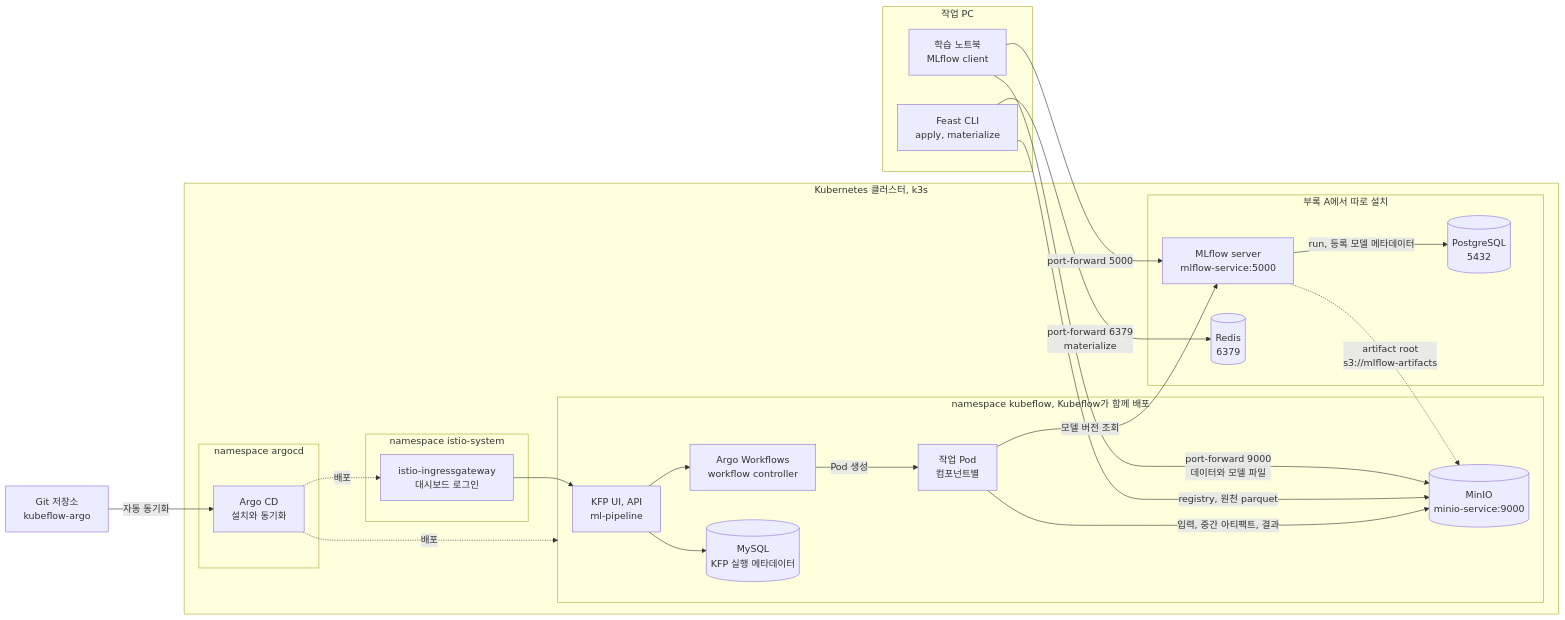
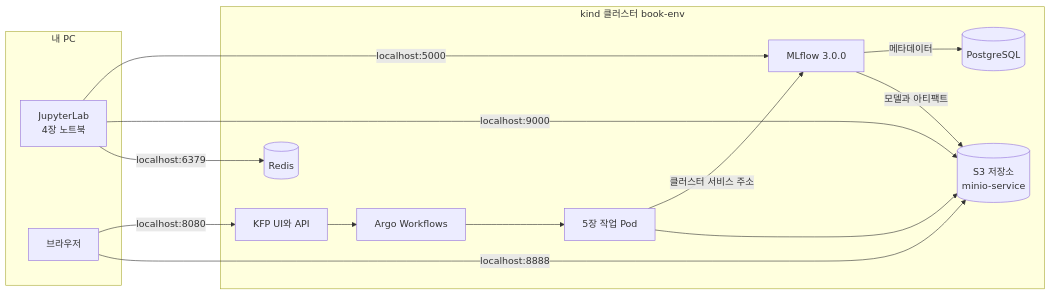
Before and after one commit to johklo/johklo.github.io: the second of 5 diagrams in content/docs/tech/machine-learning-platform-engineering/04-experiments-features-pipelines.md, drawn with Mermaid. The commit also changed other lines of this file and 92 other files, not shown here.

````diff
--- a/content/docs/tech/machine-learning-platform-engineering/04-experiments-features-pipelines.md
+++ b/content/docs/tech/machine-learning-platform-engineering/04-experiments-features-pipelines.md
@@ -47,45 +62,29 @@
 ```mermaid
 flowchart LR
-    accTitle: 책이 전제하는 4~5장 클러스터 구성
-    accDescr: Argo CD는 Git의 Kubeflow 매니페스트로 Istio와 KFP를 배포한다. KFP에는 Argo Workflows, MySQL, MinIO가 포함되고 PostgreSQL, Redis, MLflow는 부록 A에서 따로 설치한다. PC는 port-forward로 MinIO, Redis, MLflow에 접속하고 KFP Pod는 MinIO와 MLflow를 쓴다.
-    GIT["Git 저장소<br/>kubeflow-argo"]
-    subgraph PC["작업 PC"]
-        NB["학습 노트북<br/>MLflow client"]
-        FC["Feast CLI<br/>apply, materialize"]
+    accTitle: PC와 실습 클러스터의 연결
+    accDescr: JupyterLab은 포트포워딩으로 MLflow, S3, Redis에 연결된다. 클러스터의 KFP 작업 Pod는 서비스 주소로 접근하고, MLflow는 메타데이터를 PostgreSQL에, 아티팩트를 S3에 저장한다.
+    subgraph PC["내 PC"]
+        NB["JupyterLab<br/>4장 노트북"]
+        BR["브라우저"]
     end
-    subgraph K8S["Kubernetes 클러스터, k3s"]
-        subgraph ARGO["namespace argocd"]
-            ACD["Argo CD<br/>설치와 동기화"]
-        end
-        subgraph IS["namespace istio-system"]
-            GW["istio-ingressgateway<br/>대시보드 로그인"]
-        end
-        subgraph KF["namespace kubeflow, Kubeflow가 함께 배포"]
-            API["KFP UI, API<br/>ml-pipeline"]
-            WF["Argo Workflows<br/>workflow controller"]
-            DB[("MySQL<br/>KFP 실행 메타데이터")]
-            POD["작업 Pod<br/>컴포넌트별"]
-            S3[("MinIO<br/>minio-service:9000")]
-        end
-        subgraph EXTRA["부록 A에서 따로 설치"]
-            MLF["MLflow server<br/>mlflow-service:5000"]
-            PG[("PostgreSQL<br/>5432")]
-            RD[("Redis<br/>6379")]
-        end
+    subgraph K["kind 클러스터 book-env"]
+        UI["KFP UI와 API"]
+        WF["Argo Workflows"]
+        POD["5장 작업 Pod"]
+        S3[("S3 저장소<br/>minio-service")]
+        ML["MLflow 3.0.0"]
+        PG[("PostgreSQL")]
+        RD[("Redis")]
     end
-    GIT -->|"자동 동기화"| ACD
-    ACD -.->|"배포"| GW
-    ACD -.->|"배포"| KF
-    GW --> API
-    API --> DB
-    API --> WF
-    WF -->|"Pod 생성"| POD
-    NB -->|"port-forward 5000"| MLF
-    NB -->|"port-forward 9000<br/>데이터와 모델 파일"| S3
-    MLF -->|"run, 등록 모델 메타데이터"| PG
-    MLF -.->|"artifact root<br/>s3://mlflow-artifacts"| S3
-    FC -->|"registry, 원천 parquet"| S3
-    FC -->|"port-forward 6379<br/>materialize"| RD
-    POD -->|"입력, 중간 아티팩트, 결과"| S3
-    POD -->|"모델 버전 조회"| MLF
+    NB -->|"localhost:5000"| ML
+    NB -->|"localhost:9000"| S3
+    NB -->|"localhost:6379"| RD
+    BR -->|"localhost:8080"| UI
+    BR -->|"localhost:8888"| S3
+    UI --> WF
+    WF --> POD
+    POD -->|"클러스터 서비스 주소"| ML
+    POD --> S3
+    ML -->|"메타데이터"| PG
+    ML -->|"모델과 아티팩트"| S3
 ```
````
